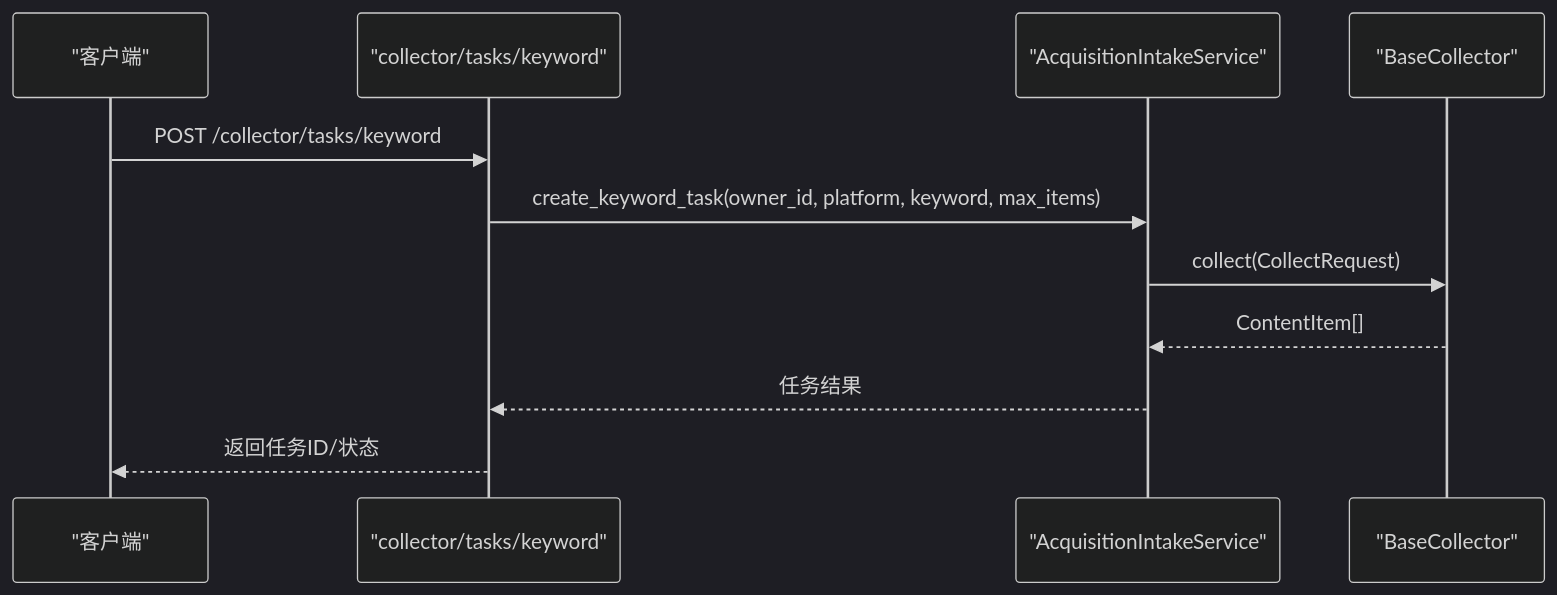
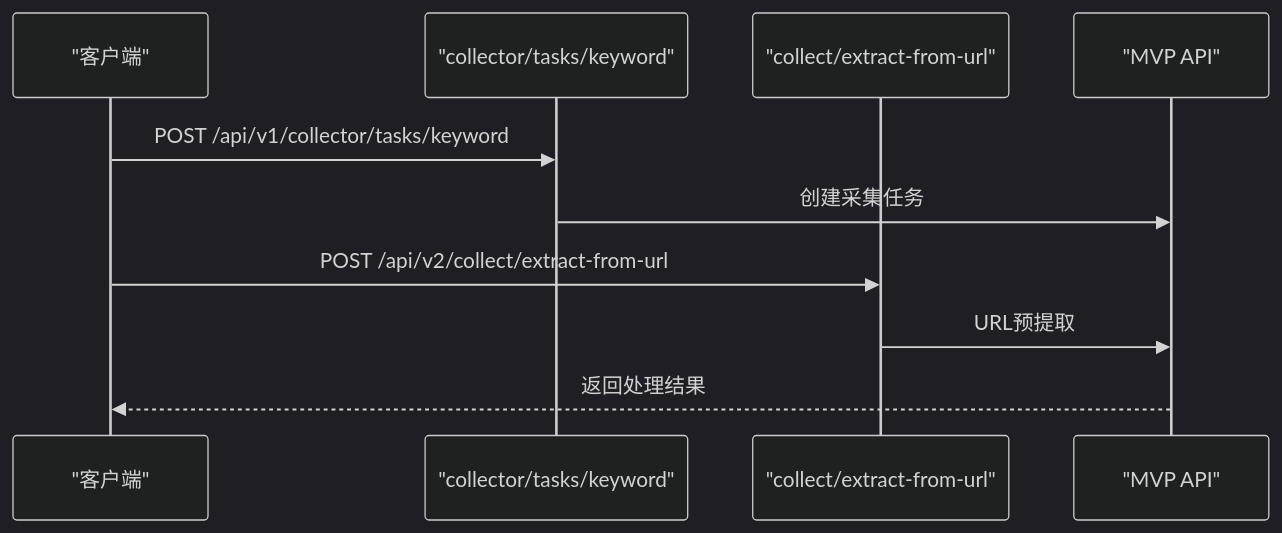
One commit to dream-ze/AI_huoke- changed the fourth of 6 diagrams in .qoder/repowiki/zh/content/内容采集系统/内容采集系统.md. Above: the diagram before and after it, drawn with Mermaid (dark theme). The commit also changed other lines of this file and 25 other files, not shown here.

````diff
--- a/.qoder/repowiki/zh/content/内容采集系统/内容采集系统.md
+++ b/.qoder/repowiki/zh/content/内容采集系统/内容采集系统.md
@@ -253,13 +262,12 @@
 ```mermaid
 sequenceDiagram
 participant C as "客户端"
 participant V1C as "collector/tasks/keyword"
-participant AC as "AcquisitionIntakeService"
-participant BC as "BaseCollector"
-C->>V1C : POST /collector/tasks/keyword
-V1C->>AC : create_keyword_task(owner_id, platform, keyword, max_items)
-AC->>BC : collect(CollectRequest)
-BC-->>AC : ContentItem[]
-AC-->>V1C : 任务结果
-V1C-->>C : 返回任务ID/状态
+participant V2C as "collect/extract-from-url"
+participant API as "MVP API"
+C->>V1C : POST /api/v1/collector/tasks/keyword
+V1C->>API : 创建采集任务
+C->>V2C : POST /api/v2/collect/extract-from-url
+V2C->>API : URL预提取
+API-->>C : 返回处理结果
 ```
````
